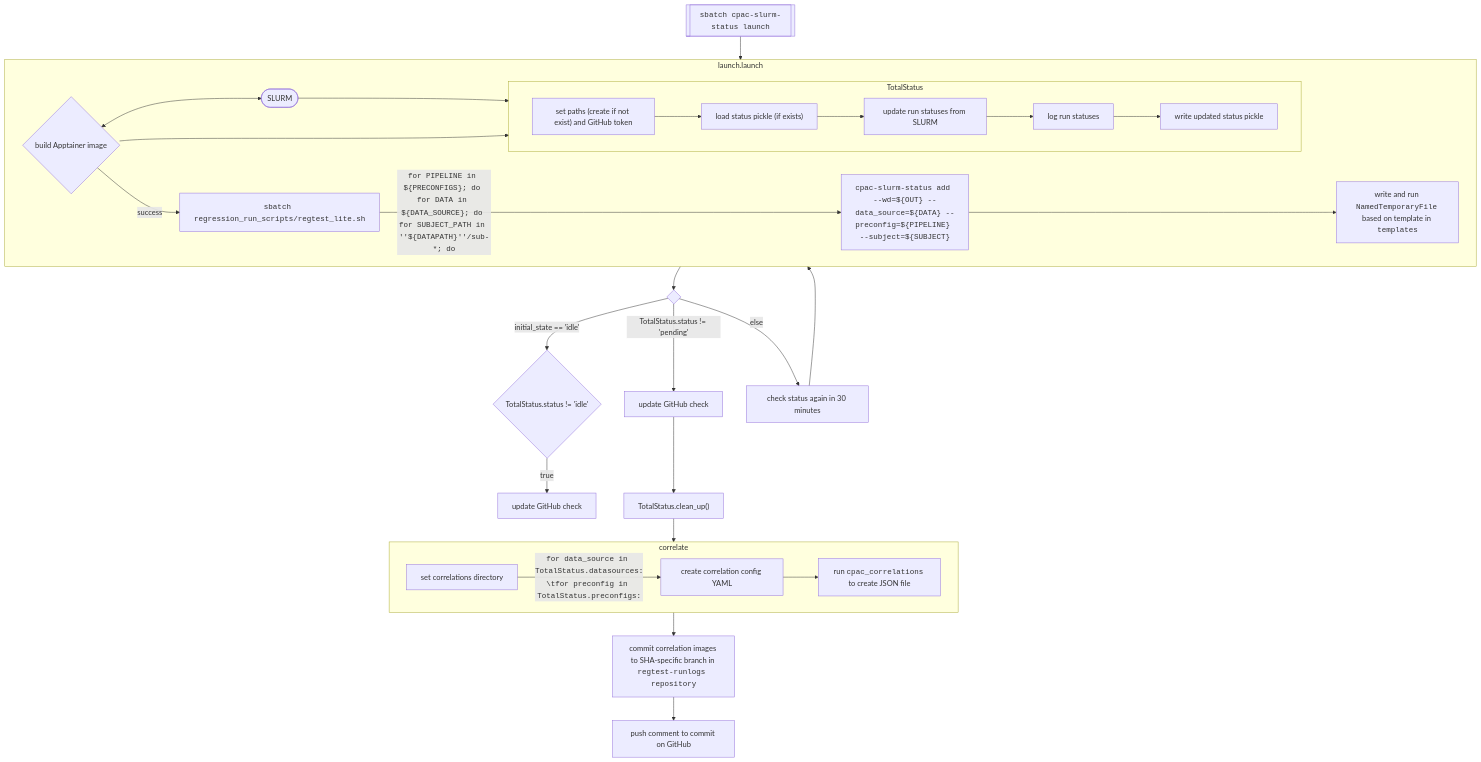
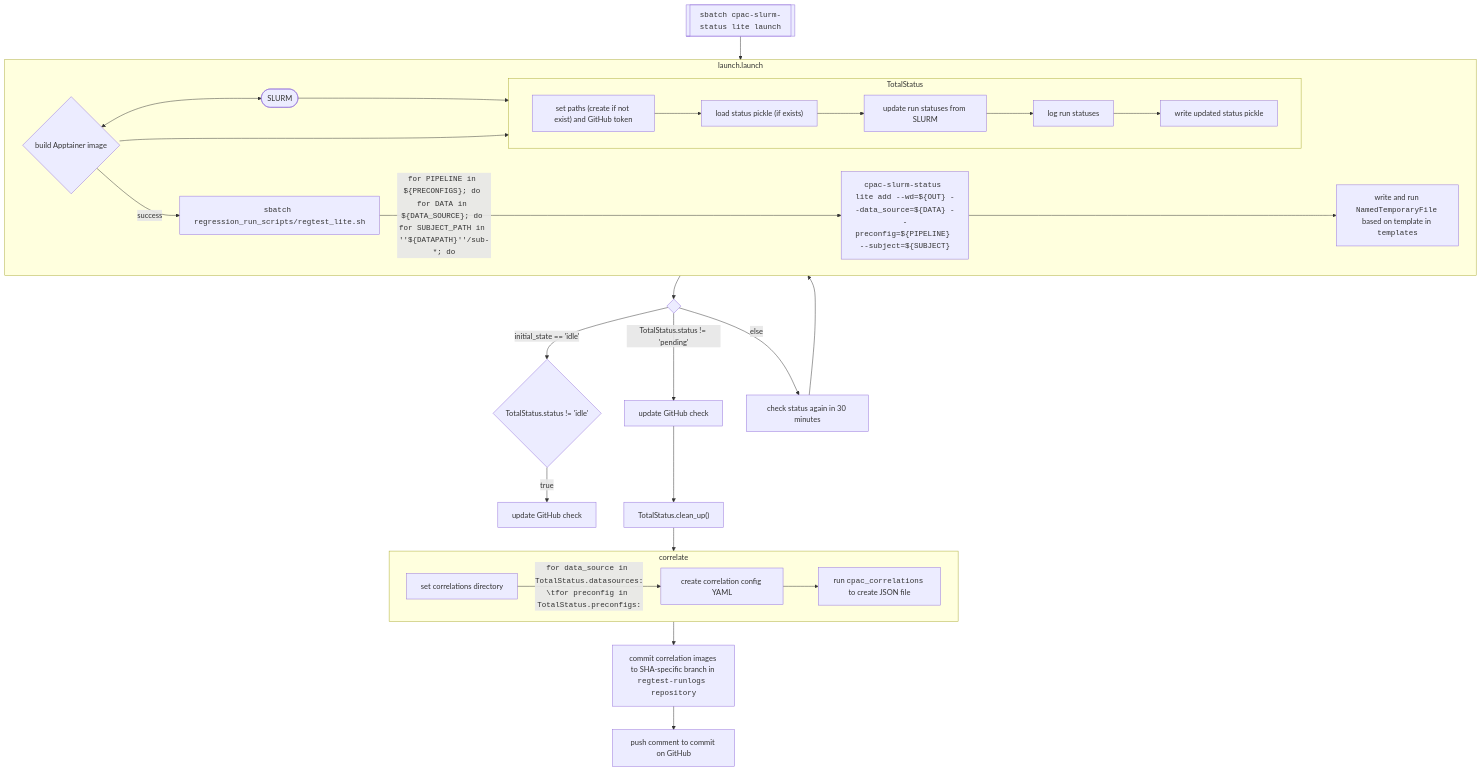
Before and after one commit to childmindresearch/slurm_testing: the second of 2 diagrams in README.md, drawn with Mermaid. The commit also changed other lines of this file and 8 other files, not shown here.

````diff
--- a/README.md
+++ b/README.md
@@ -94,58 +94,58 @@
 ```mermaid
 graph TD
 SLURM([SLURM]) --> updateRunStatuses;
 
-launch[[<code>sbatch cpac-slurm-status launch</code>]] --> launch_subgraph;
+launch[[<code>sbatch cpac-slurm-status lite launch</code>]] --> launch_subgraph;
 
 subgraph TotalStatus
    direction LR
    setPaths["set paths (create if not exist) and GitHub token"] --> loadPickle["load status pickle (if exists)"];
 
    loadPickle --> updateRunStatuses[update run statuses from SLURM];
 
    updateRunStatuses --> logRunStatuses[log run statuses];
 
    logRunStatuses --> writeUpdatedPickle[write updated status pickle];
 end
 
 subgraph launch_subgraph[launch.launch]
   direction LR
   build_image <--> SLURM;
 
   build_image{build Apptainer image} --> TotalStatus;
 
   build_image --success--> regtest_lite.sh
 
   regtest_lite.sh[<code>sbatch regression_run_scripts/regtest_lite.sh</code>]
---<code>for PIPELINE in ${PRECONFIGS}; do for DATA in ${DATA_SOURCE}; do for SUBJECT_PATH in ''${DATAPATH}''/sub-*; do</code>--> add["<code>cpac-slurm-status add --wd=${OUT} --data_source=${DATA} --preconfig=${PIPELINE} --subject=${SUBJECT}</code>"]
+--<code>for PIPELINE in ${PRECONFIGS}; do for DATA in ${DATA_SOURCE}; do for SUBJECT_PATH in ''${DATAPATH}''/sub-*; do</code>--> add["<code>cpac-slurm-status lite add --wd=${OUT} --data_source=${DATA} --preconfig=${PIPELINE} --subject=${SUBJECT}</code>"]
 
   add --> NamedTemporaryFile[write and run <code>NamedTemporaryFile</code> based on template in <code>templates</code>]
 end
 
 TotalStatus --> push_or_check{ };
 
 push_or_check --"initial_state == 'idle'"--> notIdle{"TotalStatus.status != 'idle'"};
 
 notIdle{"TotalStatus.status != 'idle'"} --true--> updateGitHubCheck[update GitHub check];
 
 push_or_check --"TotalStatus.status != 'pending'"--> uGHC2[update GitHub check];
 
 uGHC2 --> cleanUp["TotalStatus.clean_up()"];
 
 cleanUp --> correlate;
 
 push_or_check --"else"--> check_again_later[check status again in 30 minutes];
 
 check_again_later --> TotalStatus;
 
 subgraph correlate
   direction LR
   setCorrelationDir[set correlations directory] --<code>for data_source in TotalStatus.datasources:\n\tfor preconfig in TotalStatus.preconfigs:</code>--> cpac_yaml[create correlation config YAML];
 
   cpac_yaml --> cpac_correlations[run <code>cpac_correlations</code> to create JSON file];
 end
 
 correlate --> init_branch["commit correlation images to SHA-specific branch in <code>regtest-runlogs<code> repository"];
 
 init_branch --> comment["push comment to commit on GitHub"];
 ```
````
